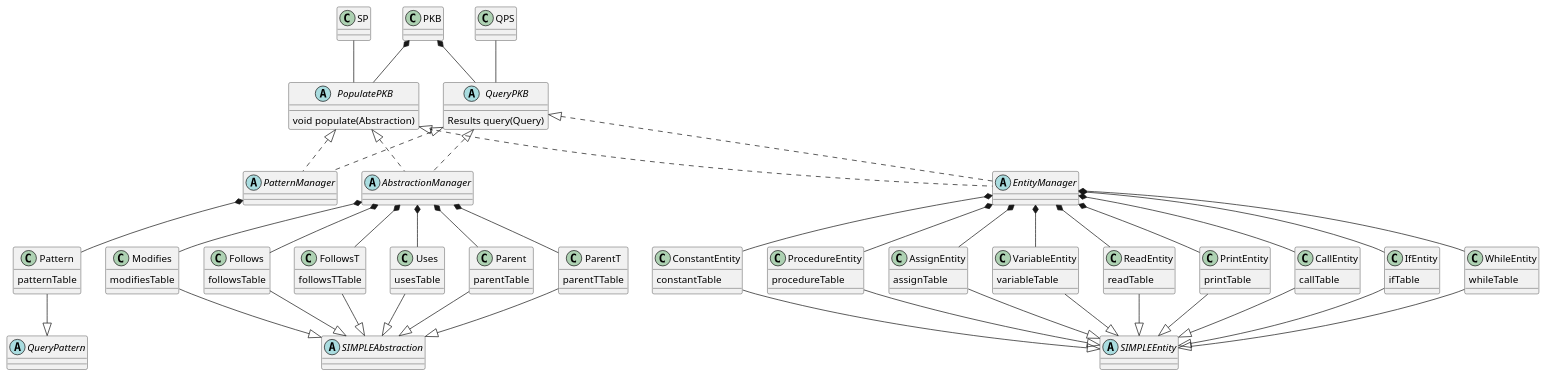
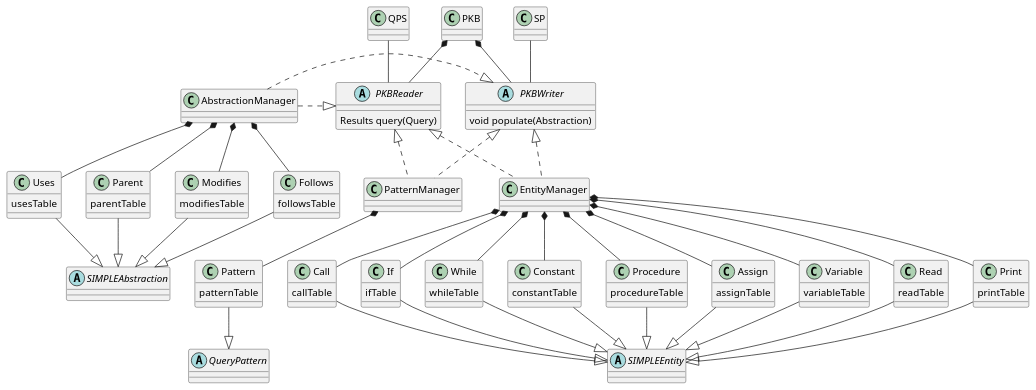
One commit to mazx4960/static-analyzer changed the diagram in docs/diagrams/PKBClassDiagram.puml. Above: the diagram before and after it, drawn with PlantUML. The commit also changed other lines of this file, not shown here.

Commit message:
Update PKB diagram

```diff
--- a/docs/diagrams/PKBClassDiagram.puml
+++ b/docs/diagrams/PKBClassDiagram.puml
@@ -1,141 +1,128 @@
 @startuml
 
 class SP
 class QPS
 class PKB
 
-abstract class PopulatePKB {
+abstract class PKBWriter {
 	void populate(Abstraction)
 }
 
-abstract class QueryPKB {
+abstract class PKBReader {
 	Results query(Query)
 }
 
-abstract class "EntityManager"
-abstract class "AbstractionManager"
-abstract class "PatternManager"
+class "EntityManager"
+class "AbstractionManager"
+class "PatternManager"
 
 abstract class "SIMPLEAbstraction"
 abstract class "SIMPLEEntity"
 abstract class "QueryPattern"
 
-class VariableEntity {
+class Variable {
 	variableTable
 }
 
-class ReadEntity {
+class Read {
 	readTable
 }
 
-class PrintEntity {
+class Print {
 	printTable
 }
 
-class CallEntity {
+class Call {
 	callTable
 }
 
-class IfEntity {
+class If {
 	ifTable
 }
 
-class WhileEntity {
+class While {
 	whileTable
 }
 
-
-class ConstantEntity {
+class Constant {
 	constantTable
 }
 
-
-class ProcedureEntity {
+class Procedure{
 	procedureTable
 }
 
-class AssignEntity {
+class Assign {
 	assignTable
 }
 
- class Pattern {
+class Pattern {
 	patternTable
 }
 
 class Modifies {
 	modifiesTable
 }
 
 class Follows {
 	followsTable
 }
 
-class FollowsT{
-	followsTTable
-}
-
 class Uses { 
 	usesTable
 }
 
 class Parent{
 	parentTable
 }
 
-class ParentT{
-	parentTTable
-}
 
+PKB *-down- PKBWriter
+PKB *-down- PKBReader
+SP -down- PKBWriter
+QPS -down- PKBReader
 
-PKB *-down- PopulatePKB
-PKB *-down- QueryPKB
-SP -down- PopulatePKB
-QPS -down- QueryPKB
+PKBWriter <|.down. EntityManager
+PKBReader <|.down. EntityManager
 
-PopulatePKB <|.down. EntityManager
-QueryPKB <|.down. EntityManager
+PKBWriter <|.down.  PatternManager
+PKBReader <|.down. PatternManager
 
-PopulatePKB <|.down.  PatternManager
-QueryPKB <|.down. PatternManager
+PKBWriter <|.left.  AbstractionManager
+PKBReader <|.left. AbstractionManager
 
-PopulatePKB <|.down.  AbstractionManager
-QueryPKB <|.down. AbstractionManager
+Variable -up-* EntityManager
+Read -up-* EntityManager
+Print  -up-* EntityManager
+Call -up-* EntityManager
+If -up-* EntityManager
+While -up-* EntityManager
+Constant -up-* EntityManager
+Procedure -up-* EntityManager
+Assign -up-* EntityManager
 
-VariableEntity  -up-* EntityManager
-ReadEntity  -up-* EntityManager
-PrintEntity  -up-* EntityManager
-CallEntity  -up-* EntityManager
-IfEntity  -up-* EntityManager
-WhileEntity  -up-* EntityManager
-ConstantEntity  -up-* EntityManager
-ProcedureEntity  -up-* EntityManager
-AssignEntity  -up-* EntityManager
-
-VariableEntity -down-|> SIMPLEEntity
-ReadEntity -down-|> SIMPLEEntity
-PrintEntity -down-|> SIMPLEEntity
-CallEntity -down-|> SIMPLEEntity
-IfEntity -down-|> SIMPLEEntity
-WhileEntity -down-|> SIMPLEEntity
-ConstantEntity -down-|> SIMPLEEntity
-ProcedureEntity -down-|> SIMPLEEntity
-AssignEntity -down-|> SIMPLEEntity
+Variable -down-|> SIMPLEEntity
+Read -down-|> SIMPLEEntity
+Print -down-|> SIMPLEEntity
+Call -down-|> SIMPLEEntity
+If -down-|> SIMPLEEntity
+While -down-|> SIMPLEEntity
+Constant -down-|> SIMPLEEntity
+Procedure -down-|> SIMPLEEntity
+Assign -down-|> SIMPLEEntity
 
 Modifies -up-* AbstractionManager
 Follows -up-* AbstractionManager
-FollowsT -up-* AbstractionManager
 Uses -up-* AbstractionManager
 Parent -up-* AbstractionManager
-ParentT -up-* AbstractionManager
+
 
 Modifies -down-|> SIMPLEAbstraction
 Follows -down-|> SIMPLEAbstraction
-FollowsT -down-|> SIMPLEAbstraction
 Uses -down-|> SIMPLEAbstraction
 Parent -down-|> SIMPLEAbstraction
-ParentT -down-|> SIMPLEAbstraction
 
 Pattern -up-* PatternManager
 Pattern -down-|> QueryPattern
 
 @enduml
```
